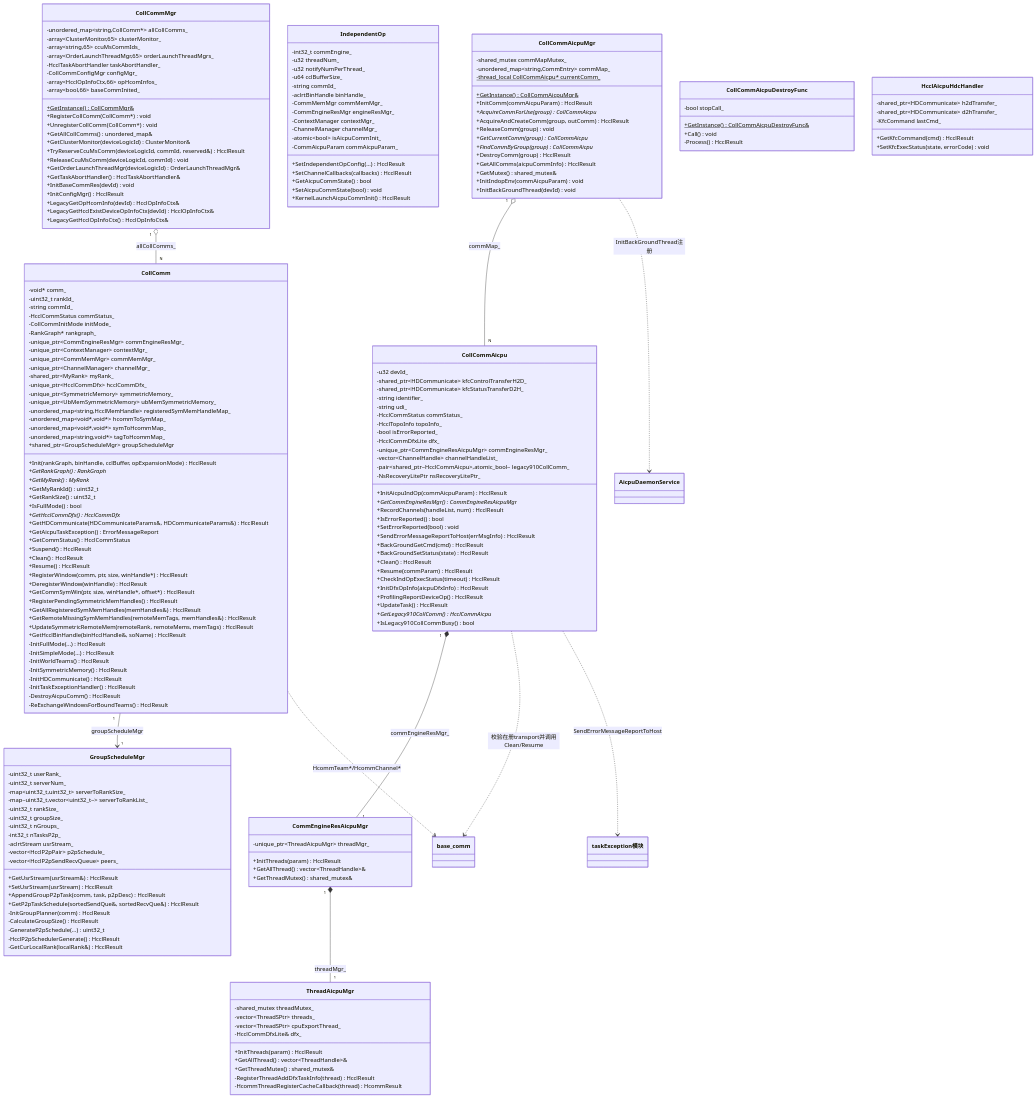
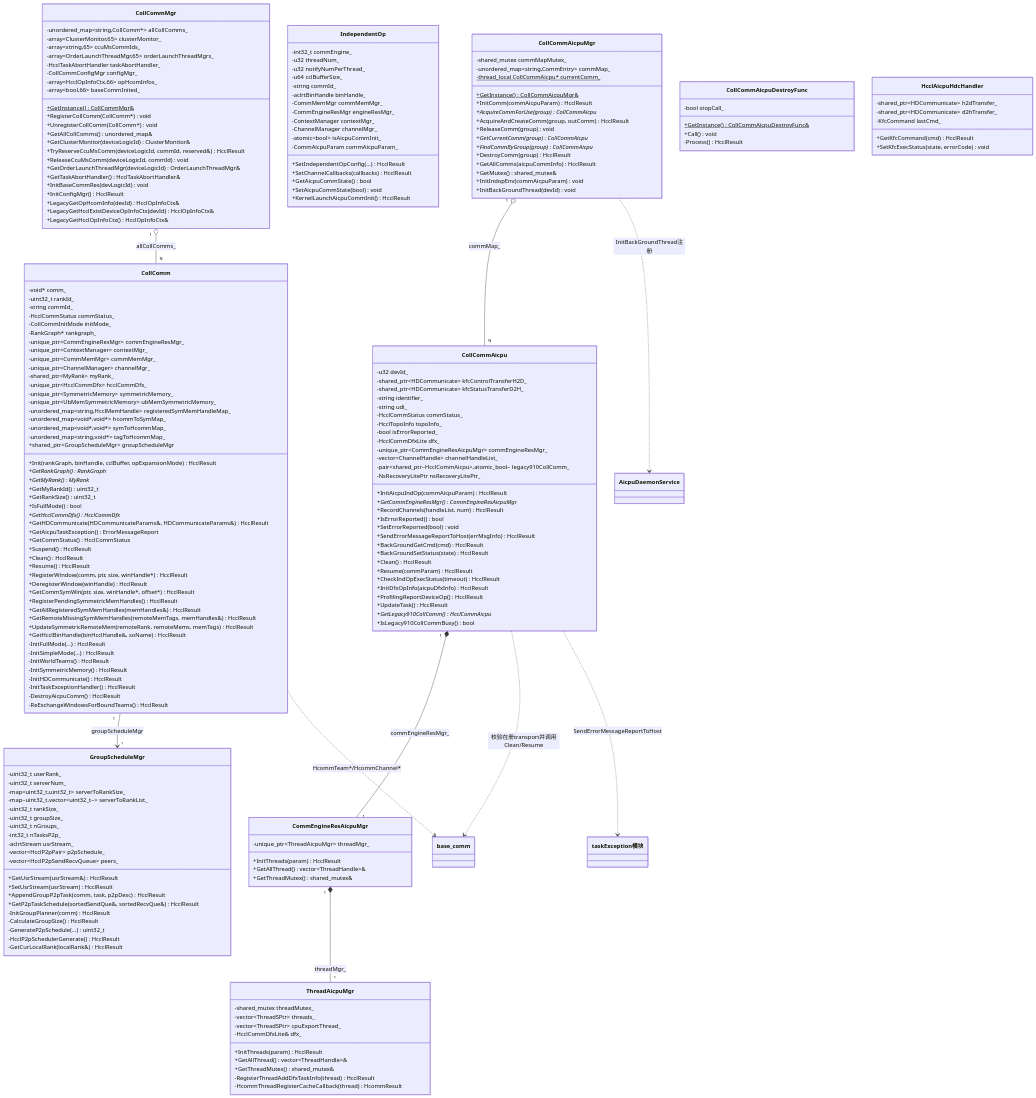
Diagram 12 of 12 in src/coll_communicator_mgr/communicator/communicator.md (Atlas-Ascend-Fork/hcomm), drawn with Mermaid before and after one commit. The commit also changed other lines of this file and 4 other files, not shown here.

First paragraph of the commit message:
[fix]InitBaseCommRes逻辑ID转物理ID后再初始化base_comm资源

```diff
--- a/src/coll_communicator_mgr/communicator/communicator.md
+++ b/src/coll_communicator_mgr/communicator/communicator.md
@@ -596,7 +596,7 @@
         +ReleaseCcuMsComm(deviceLogicId, commId) void
         +GetOrderLaunchThreadMgr(deviceLogicId) OrderLaunchThreadMgr&
         +GetTaskAbortHandler() HcclTaskAbortHandler&
-        +InitBaseCommRes(devId) void
+        +InitBaseCommRes(devLogicId) void
         +InitConfigMgr() HcclResult
         +LegacyGetOpHcomInfo(devId) HcclOpInfoCtx&
         +LegacyGetHcclExistDeviceOpInfoCtx(devId) HcclOpInfoCtx&
```
